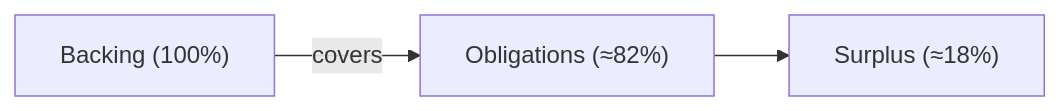
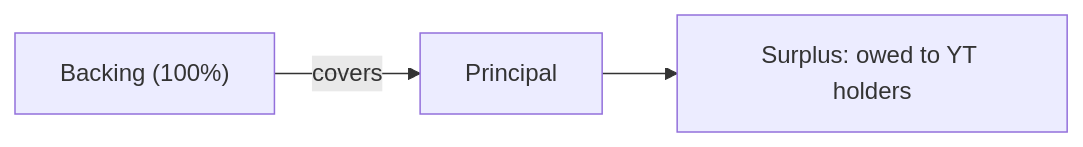
The diagram in content/docs/features/solvency-dashboard.mdx (Suryashish/spield-docs), drawn with Mermaid before and after one commit. The commit also changed other lines of this file and 56 other files, not shown here.

````diff
--- a/content/docs/features/solvency-dashboard.mdx
+++ b/content/docs/features/solvency-dashboard.mdx
@@ -26,5 +33,5 @@
 ```mermaid
 flowchart LR
-  B["Backing (100%)"] -->|covers| O["Obligations (≈82%)"]
-  O --> S["Surplus (≈18%)"]
+  B["Backing (100%)"] -->|covers| P["Principal"]
+  P --> S["Surplus: owed to YT holders"]
 ```
````
